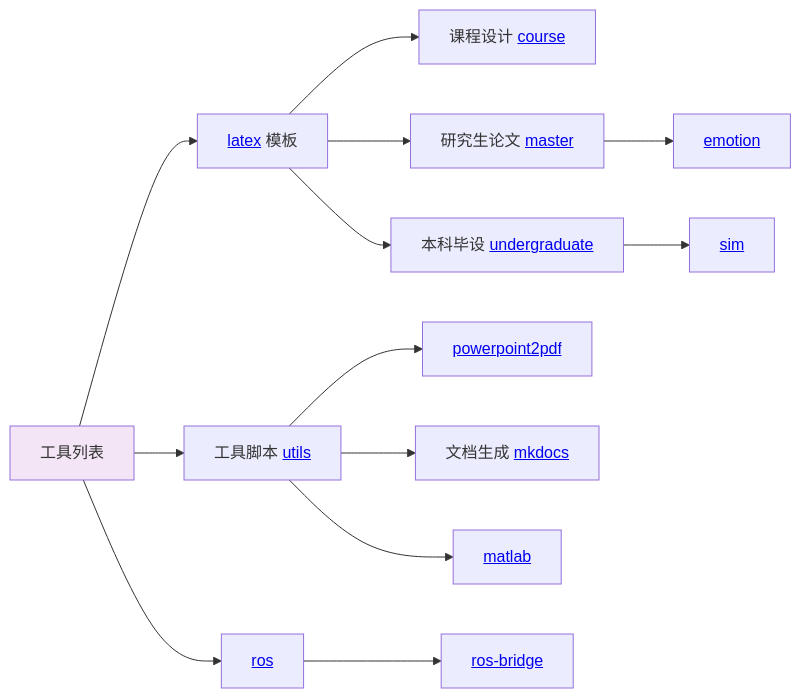
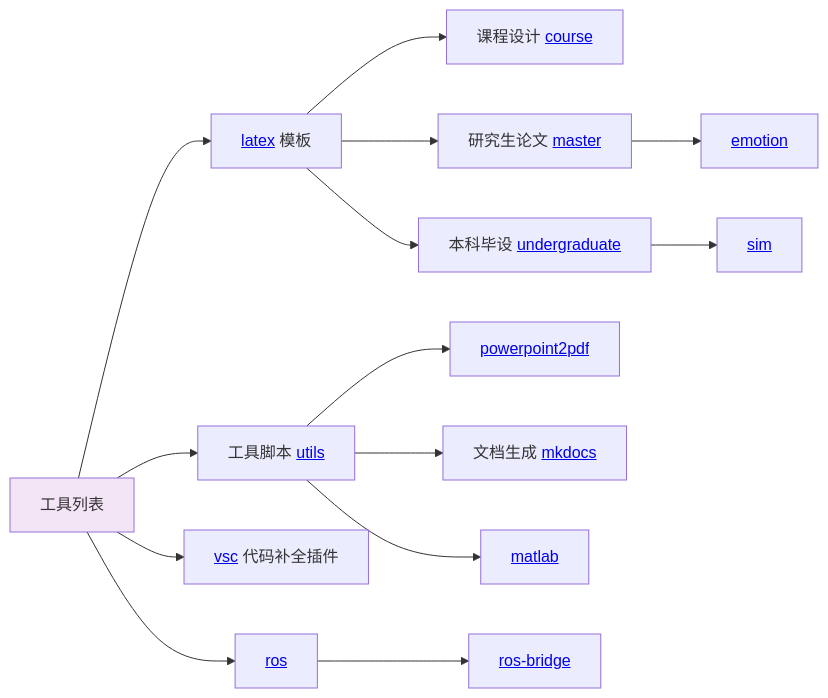
Before and after one commit to OpenHUTB/.github: the third of 3 diagrams in README.md, drawn with Mermaid. The commit also changed other lines of this file, not shown here.

First line of the commit message:
docs: 调整 vsc 插件分类并更新工具列表 (#372)

````diff
--- a/README.md
+++ b/README.md
@@ -105,17 +104,18 @@
 ```mermaid
 graph LR
     A[工具列表] --> B[<a href='https://github.com/OpenHUTB/latex'>latex</a> 模板]
     B --> C[课程设计 <a href='https://github.com/OpenHUTB/course'>course</a>]
     B --> D[研究生论文 <a href='https://github.com/OpenHUTB/master'>master</a>]
     B --> E[本科毕设 <a href='https://github.com/OpenHUTB/undergraduate'>undergraduate</a>]
     E --> M[<a href='https://github.com/OpenHUTB/powerpoint2pdf'>sim</a>]
     D --> N[<a href='https://github.com/OpenHUTB/emotion'>emotion</a>]
     G --> F[<a href='https://github.com/OpenHUTB/powerpoint2pdf'>powerpoint2pdf</a>]
     A --> G[工具脚本 <a href='https://github.com/OpenHUTB/utils'>utils</a>]
+    A --> V[<a href='https://github.com/OpenHUTB/vsc'>vsc</a> 代码补全插件]
     G --> O[文档生成 <a href='https://github.com/OpenHUTB/mkdocs'>mkdocs</a>]
     G --> H[<a href='https://github.com/OpenHUTB/matlab'>matlab</a>]
     A --> K[<a href='https://github.com/OpenHUTB/ros'>ros</a>]
     K --> L[<a href='https://github.com/OpenHUTB/ros-bridge'>ros-bridge</a>]
 
     style A fill:#f3e5f5
 ```
````
